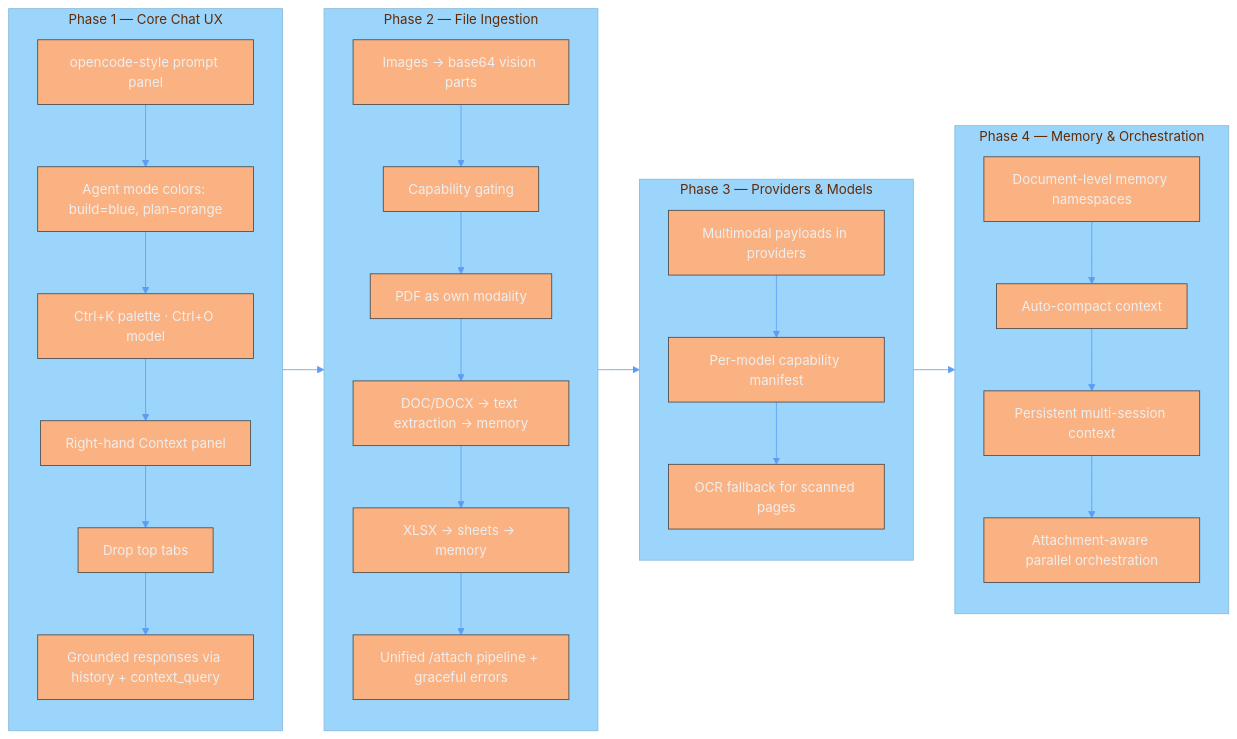
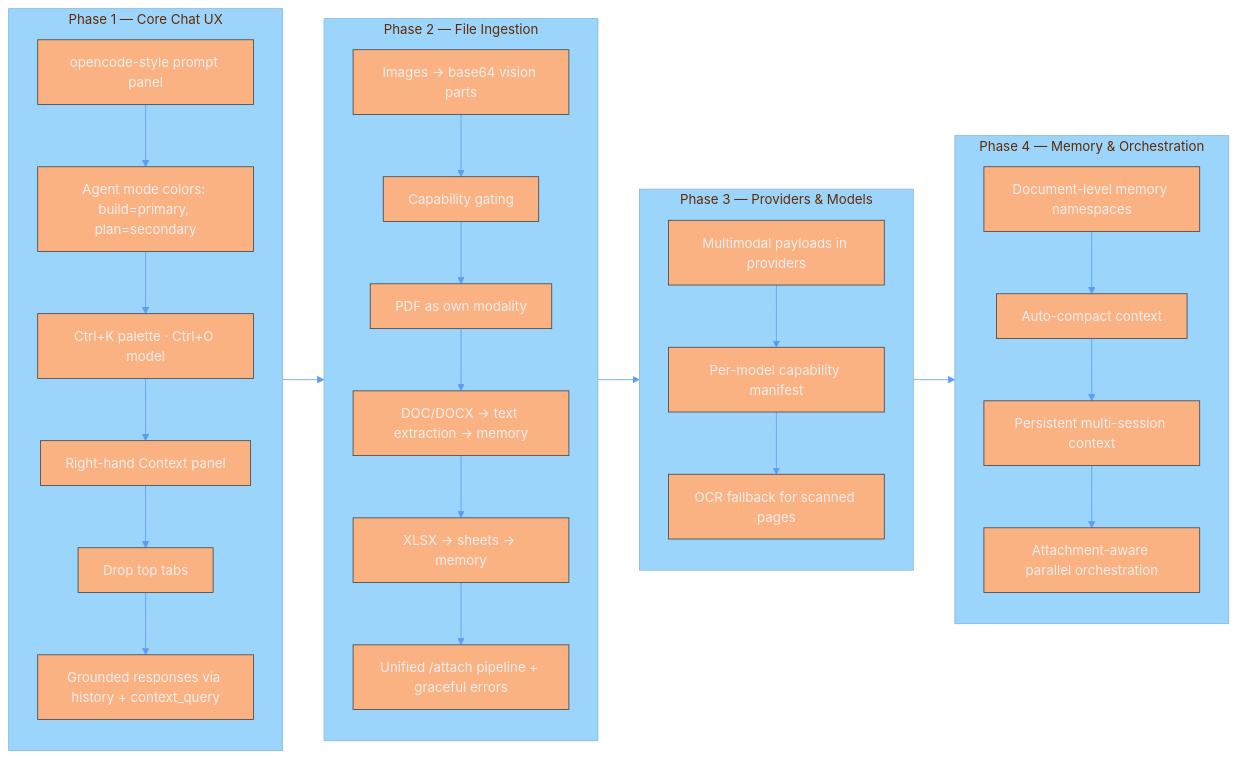
Before and after one commit to MathiTz/motion-harness: the diagram in README.md, drawn with Mermaid. The commit also changed other lines of this file and 6 other files, not shown here.

````diff
--- a/README.md
+++ b/README.md
@@ -253,36 +253,36 @@
 ```mermaid
 %%{init: {'theme': 'base', 'themeVariables': { 'primaryColor': '#fab283', 'primaryBorderColor': '#484848', 'primaryTextColor': '#eeeeee', 'lineColor': '#5c9cf5' }}}%%
 flowchart LR
     subgraph P1[Phase 1 — Core Chat UX]
         direction TB
-        A[opencode-style prompt panel] --> B[Agent mode colors: build=blue, plan=orange]
+        A[opencode-style prompt panel] --> B[Agent mode colors: build=primary, plan=secondary]
         B --> C[Ctrl+K palette · Ctrl+O model]
         C --> D[Right-hand Context panel]
         D --> E[Drop top tabs]
         E --> F[Grounded responses via history + context_query]
     end
 
     subgraph P2[Phase 2 — File Ingestion]
         direction TB
         G[Images → base64 vision parts] --> H[Capability gating]
         H --> I[PDF as own modality]
         I --> J[DOC/DOCX → text extraction → memory]
         J --> K[XLSX → sheets → memory]
         K --> L[Unified /attach pipeline + graceful errors]
     end
 
     subgraph P3[Phase 3 — Providers & Models]
         direction TB
         M[Multimodal payloads in providers] --> N[Per-model capability manifest]
         N --> O[OCR fallback for scanned pages]
     end
 
     subgraph P4[Phase 4 — Memory & Orchestration]
         direction TB
         P[Document-level memory namespaces] --> Q[Auto-compact context]
         Q --> R[Persistent multi-session context]
         R --> S[Attachment-aware parallel orchestration]
     end
 
     P1 --> P2 --> P3 --> P4
 ```
````
